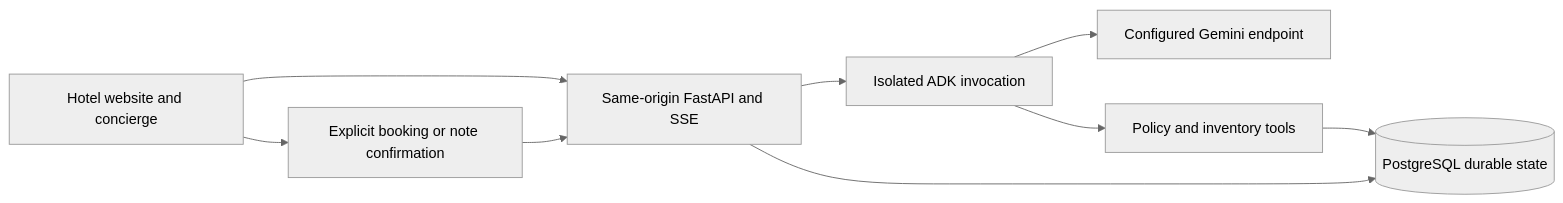
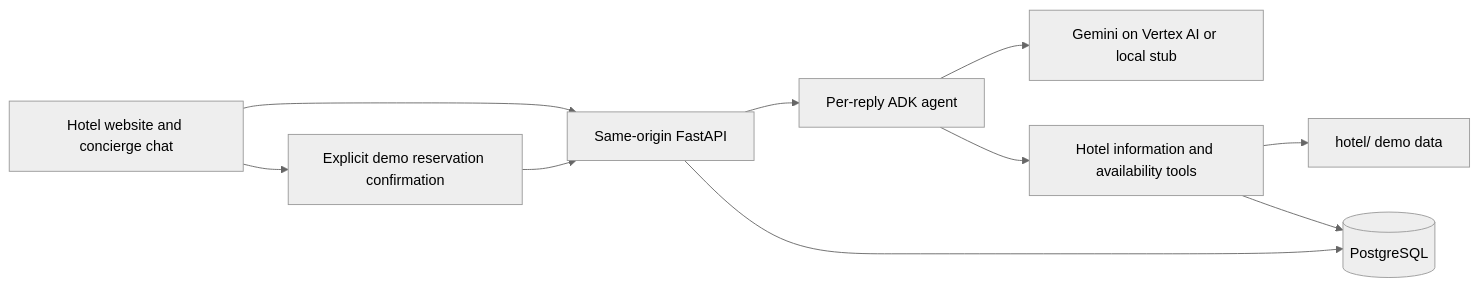
The diagram in PLAN.md (danstoyanov/smart-hotels-system), drawn with Mermaid (neutral theme) before and after one commit. The commit also changed other lines of this file and 18 other files, not shown here.

````diff
--- a/PLAN.md
+++ b/PLAN.md
@@ -20,11 +13,12 @@
 ```mermaid
 flowchart LR
-    Browser[Hotel website and concierge] --> API[Same-origin FastAPI and SSE]
-    API --> Agent[Isolated ADK invocation]
-    Agent --> Model[Configured Gemini endpoint]
-    API --> DB[(PostgreSQL durable state)]
-    Agent --> Tools[Policy and inventory tools]
-    Tools --> DB
-    Browser --> Confirm[Explicit booking or note confirmation]
+    Browser[Hotel website and concierge chat] --> API[Same-origin FastAPI]
+    API --> Agent[Per-reply ADK agent]
+    Agent --> Model[Gemini on Vertex AI or local stub]
+    Agent --> Tools[Hotel information and availability tools]
+    Tools --> Files[hotel/ demo data]
+    Tools --> DB[(PostgreSQL)]
+    API --> DB
+    Browser --> Confirm[Explicit demo reservation confirmation]
     Confirm --> API
 ```
````
